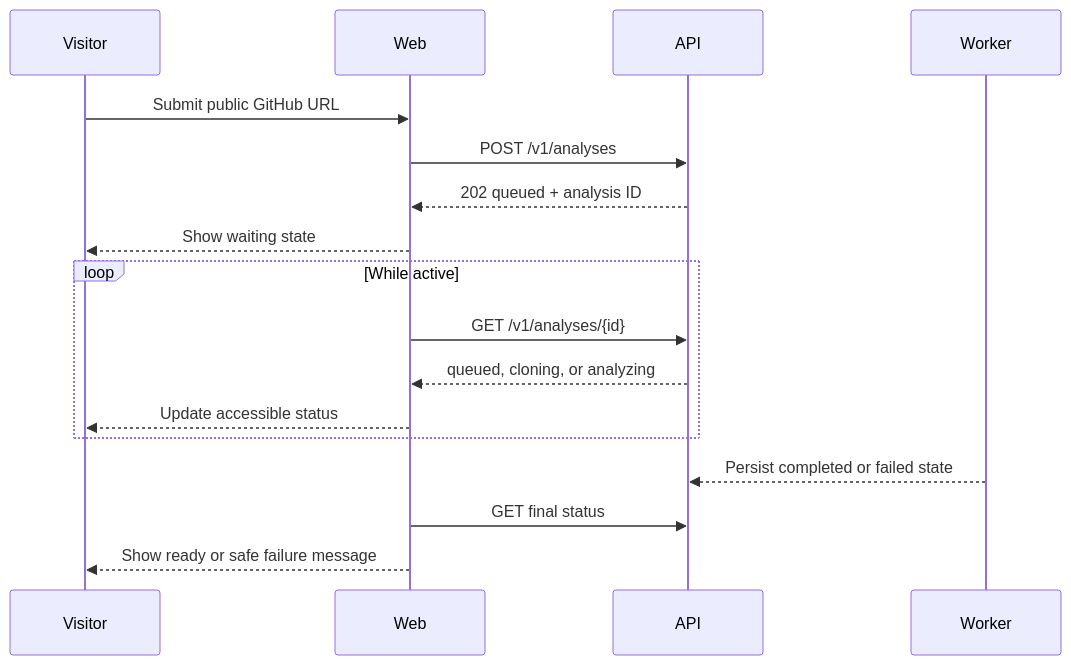
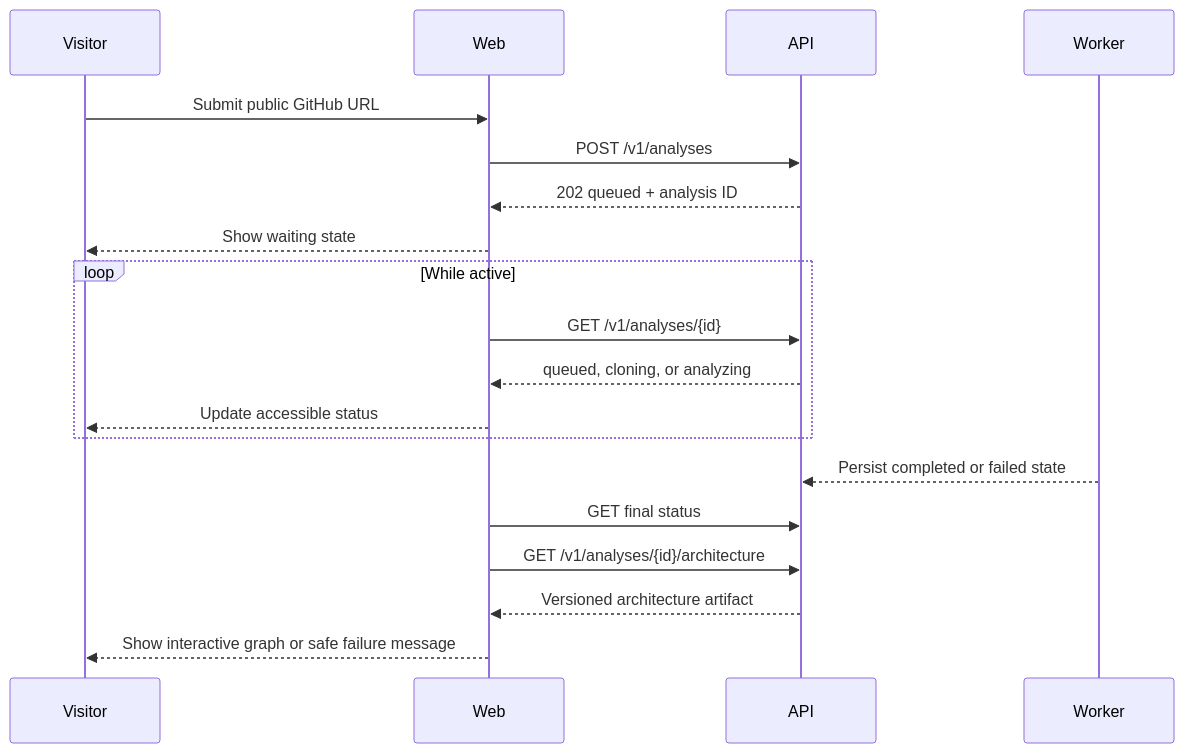
Before and after one commit to Sukhnoor1234/RepoLume: the diagram in docs/web/analysis-submission.md, drawn with Mermaid. The commit also changed other lines of this file and 20 other files, not shown here.

Commit message:
Add interactive architecture explorer

````diff
--- a/docs/web/analysis-submission.md
+++ b/docs/web/analysis-submission.md
@@ -11,20 +11,22 @@
 ```mermaid
 sequenceDiagram
     participant Visitor
     participant Web
     participant API
     participant Worker
 
     Visitor->>Web: Submit public GitHub URL
     Web->>API: POST /v1/analyses
     API-->>Web: 202 queued + analysis ID
     Web-->>Visitor: Show waiting state
     loop While active
         Web->>API: GET /v1/analyses/{id}
         API-->>Web: queued, cloning, or analyzing
         Web-->>Visitor: Update accessible status
     end
     Worker-->>API: Persist completed or failed state
     Web->>API: GET final status
-    Web-->>Visitor: Show ready or safe failure message
+    Web->>API: GET /v1/analyses/{id}/architecture
+    API-->>Web: Versioned architecture artifact
+    Web-->>Visitor: Show interactive graph or safe failure message
 ```
````
